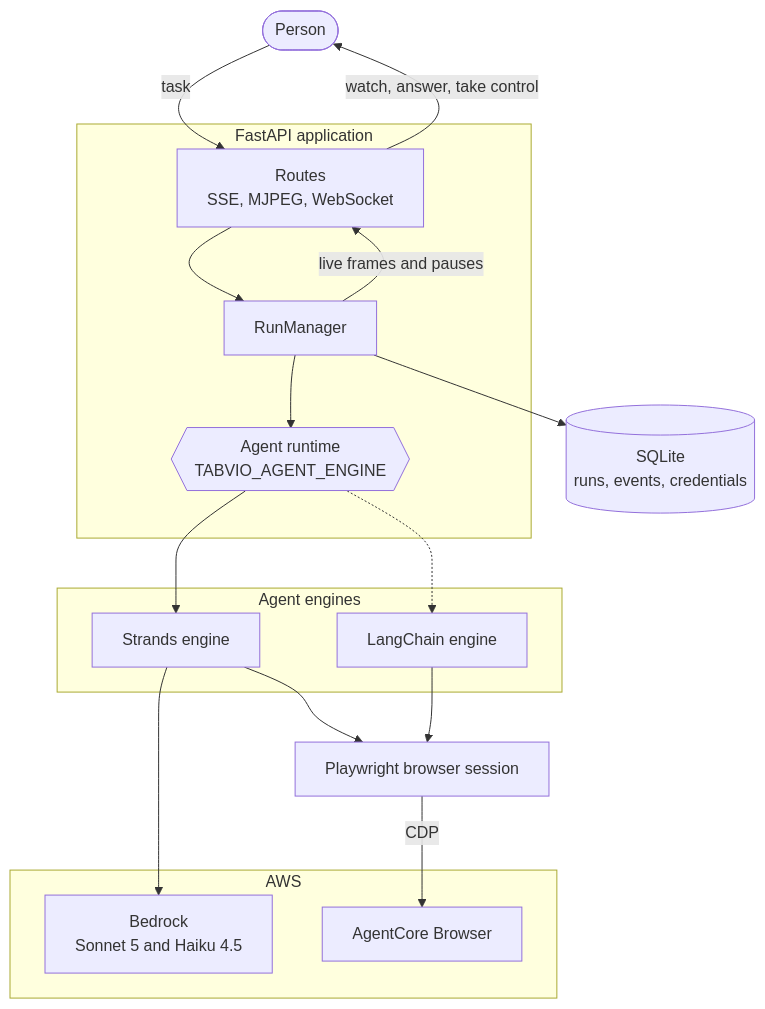
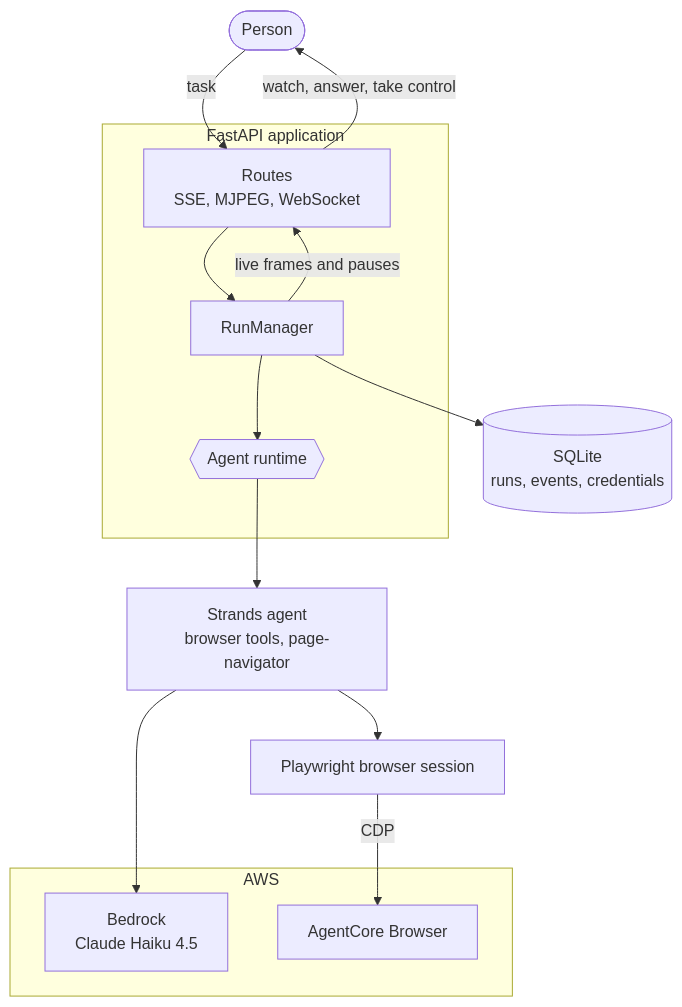
One commit to JimGalvan/Tabvio changed the diagram in README.md. Above: the diagram before and after it, drawn with Mermaid. The commit also changed other lines of this file and 11 other files, not shown here.

````diff
--- a/README.md
+++ b/README.md
@@ -15,37 +15,31 @@
 ```mermaid
 flowchart TB
     person(["Person"])
 
     subgraph app["FastAPI application"]
         routes["Routes<br/>SSE, MJPEG, WebSocket"]
         manager["RunManager"]
-        runtime{{"Agent runtime<br/>TABVIO_AGENT_ENGINE"}}
+        runtime{{"Agent runtime"}}
     end
 
-    subgraph engines["Agent engines"]
-        strands["Strands engine"]
-        langchain["LangChain engine"]
-    end
-
+    agent["Strands agent<br/>browser tools, page-navigator"]
     playwright["Playwright browser session"]
 
     subgraph aws["AWS"]
-        bedrock["Bedrock<br/>Sonnet 5 and Haiku 4.5"]
+        bedrock["Bedrock<br/>Claude Haiku 4.5"]
         agentcore["AgentCore Browser"]
     end
 
     store[("SQLite<br/>runs, events, credentials")]
 
     person -->|"task"| routes
     routes --> manager
     manager --> runtime
     manager --> store
-    runtime --> strands
-    runtime -.-> langchain
-    strands --> bedrock
-    strands --> playwright
-    langchain --> playwright
+    runtime --> agent
+    agent --> bedrock
+    agent --> playwright
     playwright -->|"CDP"| agentcore
     manager -->|"live frames and pauses"| routes
     routes -->|"watch, answer, take control"| person
 ```
````
